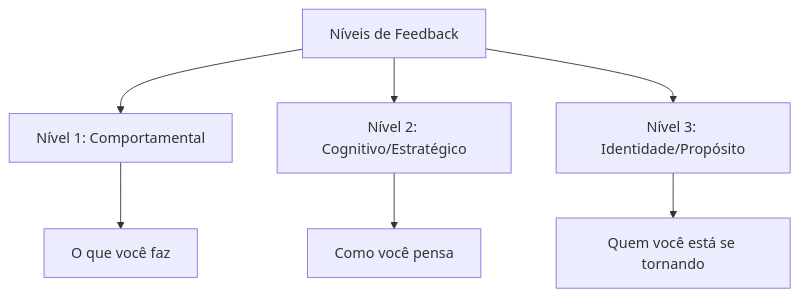
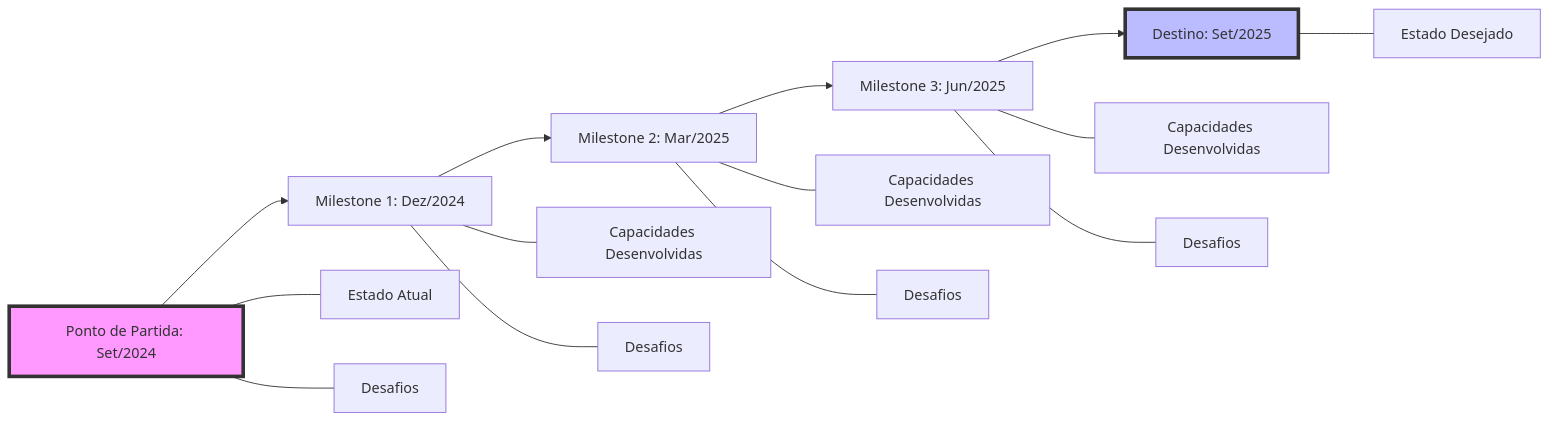
One commit to felipepimentel/my-public-notes changed the fourth of 7 diagrams in Leadership/pdi.md. Above: the diagram before and after it, drawn with Mermaid. The commit also changed other lines of this file, not shown here.

````diff
--- a/Leadership/pdi.md
+++ b/Leadership/pdi.md
@@ -431,10 +237,22 @@
 ```mermaid
-graph TD
-    A[Níveis de Feedback] --> B[Nível 1: Comportamental]
-    A --> C[Nível 2: Cognitivo/Estratégico]
-    A --> D[Nível 3: Identidade/Propósito]
+graph LR
+    A[Ponto de Partida: Set/2024] --> B[Milestone 1: Dez/2024]
+    B --> C[Milestone 2: Mar/2025]
+    C --> D[Milestone 3: Jun/2025]
+    D --> E[Destino: Set/2025]
     
-    B --> E[O que você faz]
-    C --> F[Como você pensa]
-    D --> G[Quem você está se tornando]
+    A --- F[Estado Atual]
+    E --- G[Estado Desejado]
+    
+    B --- H[Capacidades Desenvolvidas]
+    C --- I[Capacidades Desenvolvidas]
+    D --- J[Capacidades Desenvolvidas]
+    
+    A --- K[Desafios]
+    B --- L[Desafios]
+    C --- M[Desafios]
+    D --- N[Desafios]
+    
+    style A fill:#f9f,stroke:#333,stroke-width:4px
+    style E fill:#bbf,stroke:#333,stroke-width:4px
 ```
````
